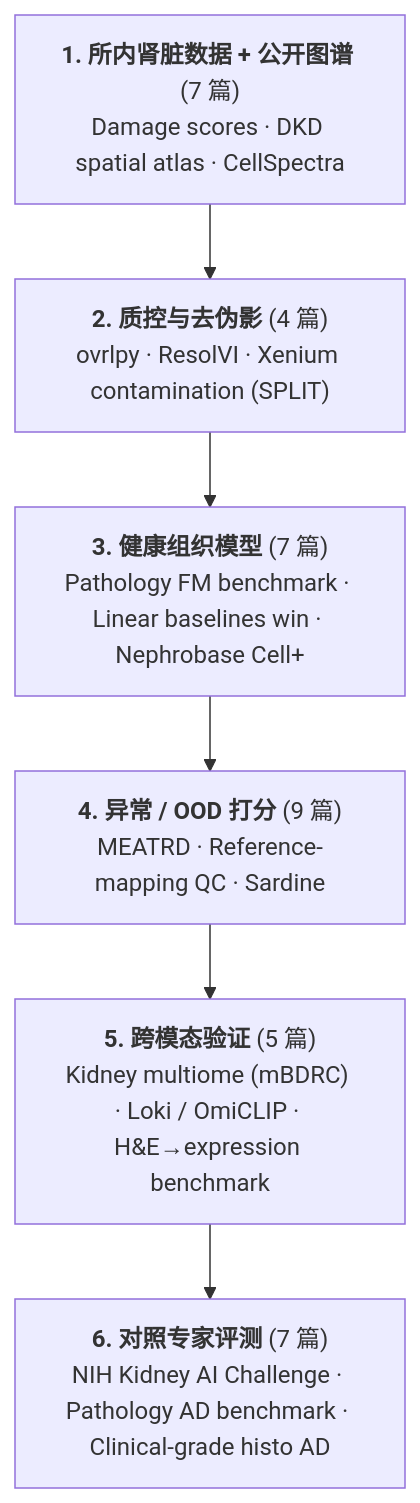
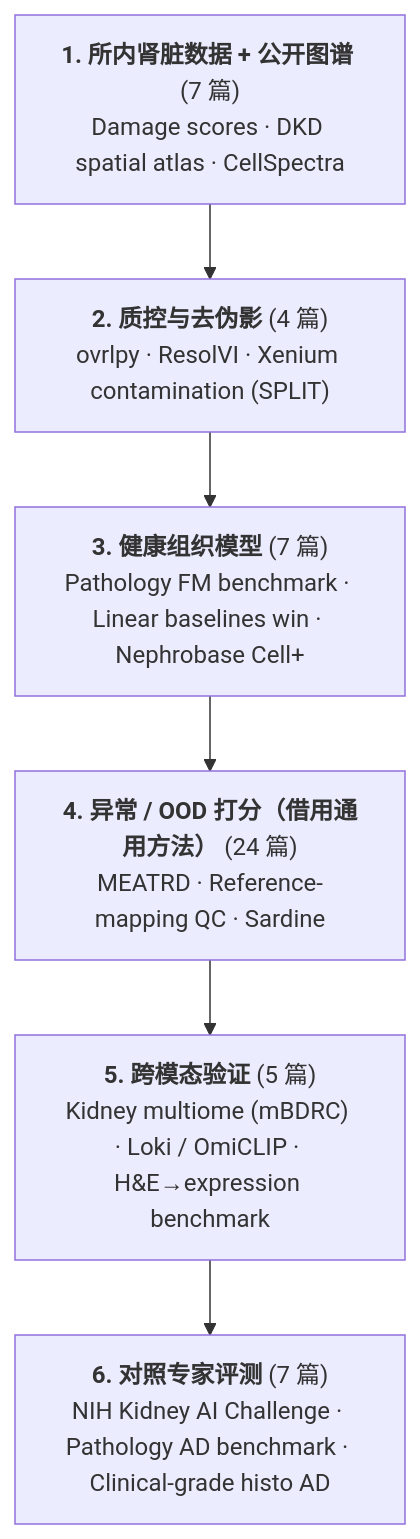
The first of 3 diagrams in docs/knowledge-map.zh.md (jasonjin34/Medical_reading_material), drawn with Mermaid before and after one commit. The commit also changed other lines of this file and 120 other files, not shown here.

````diff
--- a/docs/knowledge-map.zh.md
+++ b/docs/knowledge-map.zh.md
@@ -20,20 +28,20 @@
 ```mermaid
 flowchart TD
   s1["`**1. 所内肾脏数据 + 公开图谱** (7 篇)
 Damage scores · DKD spatial atlas · CellSpectra`"]
   s2["`**2. 质控与去伪影** (4 篇)
 ovrlpy · ResolVI · Xenium contamination (SPLIT)`"]
   s3["`**3. 健康组织模型** (7 篇)
 Pathology FM benchmark · Linear baselines win · Nephrobase Cell+`"]
-  s4["`**4. 异常 / OOD 打分** (9 篇)
+  s4["`**4. 异常 / OOD 打分（借用通用方法）** (24 篇)
 MEATRD · Reference-mapping QC · Sardine`"]
   s5["`**5. 跨模态验证** (5 篇)
 Kidney multiome (mBDRC) · Loki / OmiCLIP · H&E→expression benchmark`"]
   s6["`**6. 对照专家评测** (7 篇)
 NIH Kidney AI Challenge · Pathology AD benchmark · Clinical-grade histo AD`"]
   s1 --> s2
   s2 --> s3
   s3 --> s4
   s4 --> s5
   s5 --> s6
 ```
````
